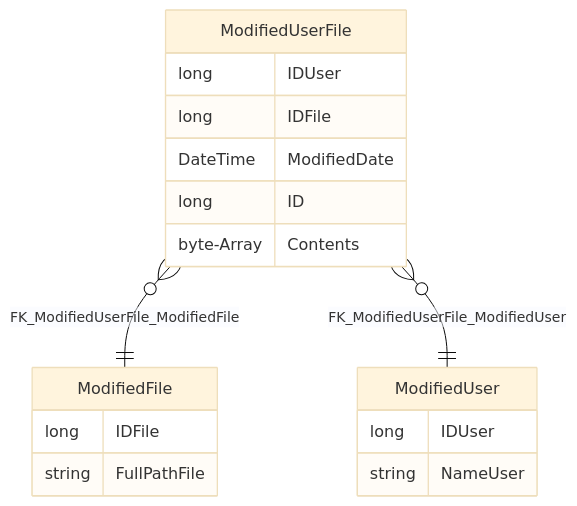
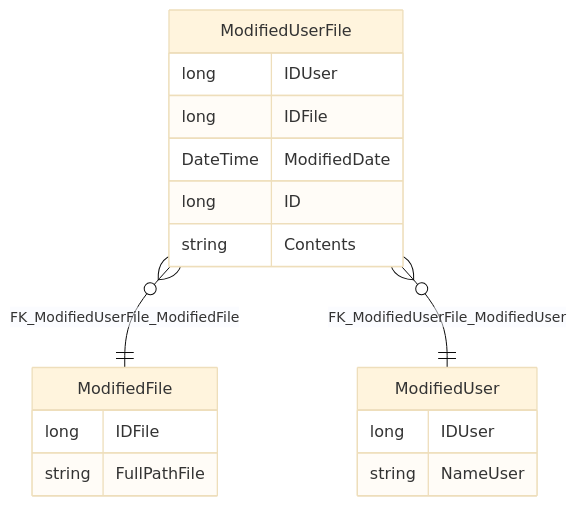
The diagram in src/DirBrowser/DBGenerated/DBGenerated/DBGenerated.Models/Generated/DB/ApplicationDBContext/ApplicationDBContext.md (MicroservicesBuffet/directoryBrowser), drawn with Mermaid (base theme) before and after one commit. The commit also changed 12 other files, not shown here.

````diff
--- a/src/DirBrowser/DBGenerated/DBGenerated/DBGenerated.Models/Generated/DB/ApplicationDBContext/ApplicationDBContext.md
+++ b/src/DirBrowser/DBGenerated/DBGenerated/DBGenerated.Models/Generated/DB/ApplicationDBContext/ApplicationDBContext.md
@@ -6,32 +6,32 @@
 ```mermaid
 erDiagram
     ModifiedFile {
       
       long IDFile 
       
       string FullPathFile 
     
     }
     ModifiedUser {
       
       long IDUser 
       
       string NameUser 
     
     }
     ModifiedUserFile {
       
       long IDUser 
       
       long IDFile 
       
       DateTime ModifiedDate 
       
       long ID 
       
-      byte-Array Contents 
+      string Contents 
     
     }
     ModifiedUserFile }o--|| ModifiedFile : FK_ModifiedUserFile_ModifiedFile
     ModifiedUserFile }o--|| ModifiedUser : FK_ModifiedUserFile_ModifiedUser
 ```
````
